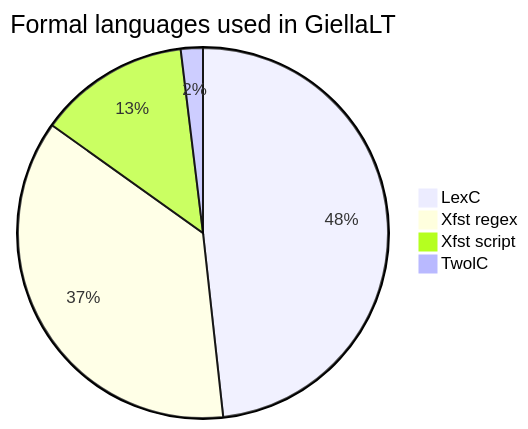
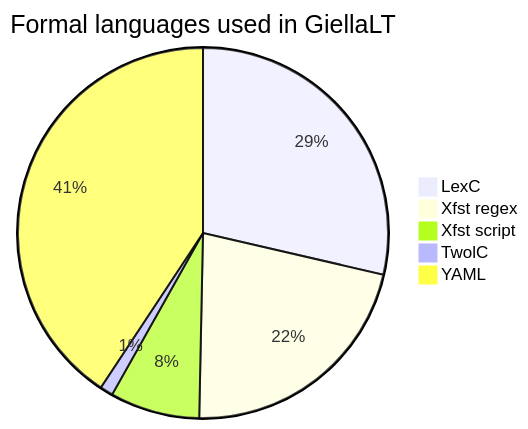
One commit to giellalt/giellalt.github.io changed the diagram in infra/MarkdownTestReference.md. Above: the diagram before and after it, drawn with Mermaid.

Commit message:
Include yaml files in the pie chart
`find . -name '*.yaml' | wc -l`

````diff
--- a/infra/MarkdownTestReference.md
+++ b/infra/MarkdownTestReference.md
@@ -188,7 +188,8 @@
 ```mermaid
 pie title Formal languages used in GiellaLT
     "LexC" : 3129
     "Xfst regex" : 2374
     "Xfst script" : 856
     "TwolC" : 125
+    "YAML" : 4451
 ```
````
